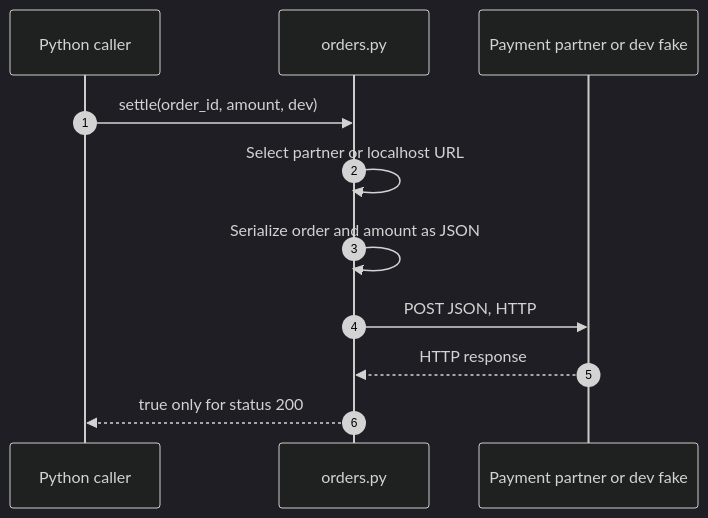
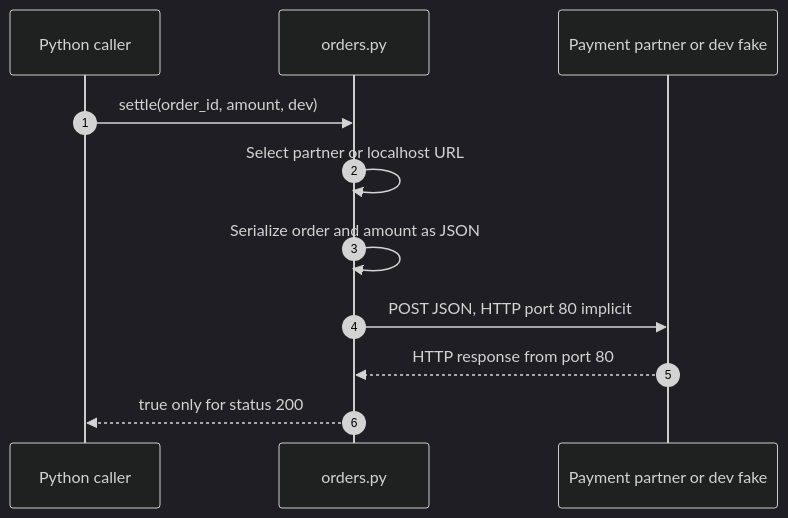
One commit to vishalc412/bible-mode-b-test changed the eighth of 10 diagrams in codebase-analysis/hld/05-key-flows.md. Above: the diagram before and after it, drawn with Mermaid (dark theme). The commit also changed other lines of this file and 27 other files, not shown here.

````diff
--- a/codebase-analysis/hld/05-key-flows.md
+++ b/codebase-analysis/hld/05-key-flows.md
@@ -300,13 +300,13 @@
 ```mermaid
 sequenceDiagram
   autonumber
   participant Caller as Python caller
   participant Orders as orders.py
   participant Partner as Payment partner or dev fake
   Caller->>Orders: settle(order_id, amount, dev)
   Orders->>Orders: Select partner or localhost URL
   Orders->>Orders: Serialize order and amount as JSON
-  Orders->>Partner: POST JSON, HTTP
-  Partner-->>Orders: HTTP response
+  Orders->>Partner: POST JSON, HTTP port 80 implicit
+  Partner-->>Orders: HTTP response from port 80
   Orders-->>Caller: true only for status 200
 ```
````
